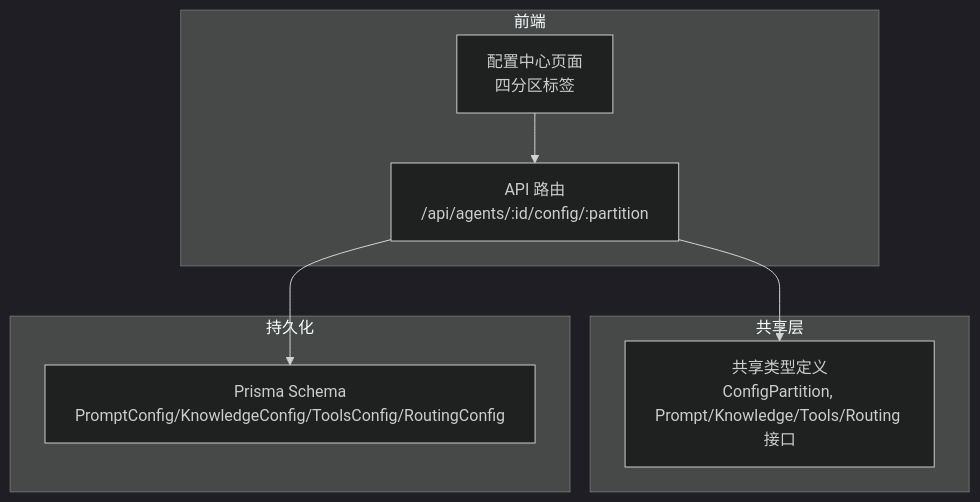
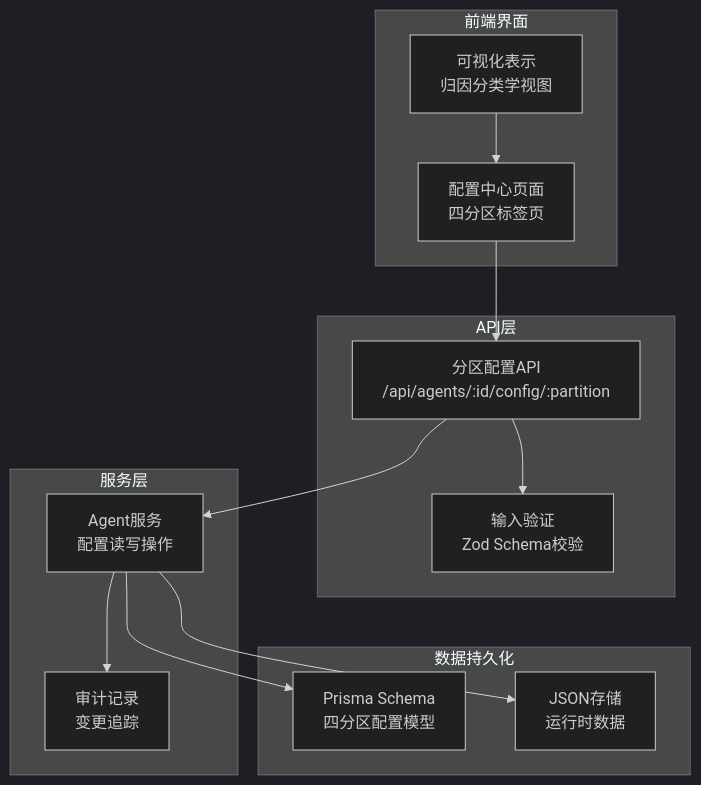
The first of 10 diagrams in .qoder/repowiki/zh/content/核心概念/四分区配置系统/四分区配置系统.md (ai-guru-global/agent-up), drawn with Mermaid (dark theme) before and after one commit. The commit also changed other lines of this file and 169 other files, not shown here.

````diff
--- a/.qoder/repowiki/zh/content/核心概念/四分区配置系统/四分区配置系统.md
+++ b/.qoder/repowiki/zh/content/核心概念/四分区配置系统/四分区配置系统.md
@@ -35,16 +45,26 @@
 ```mermaid
 graph TB
-subgraph "前端"
-UI["配置中心页面<br/>四分区标签"]
-API["API 路由<br/>/api/agents/:id/config/:partition"]
+subgraph "前端界面"
+UI["配置中心页面<br/>四分区标签页"]
+Visual["可视化表示<br/>归因分类学视图"]
 end
-subgraph "共享层"
-Types["共享类型定义<br/>ConfigPartition, Prompt/Knowledge/Tools/Routing 接口"]
+subgraph "API层"
+API["分区配置API<br/>/api/agents/:id/config/:partition"]
+Validation["输入验证<br/>Zod Schema校验"]
 end
-subgraph "持久化"
-DB["Prisma Schema<br/>PromptConfig/KnowledgeConfig/ToolsConfig/RoutingConfig"]
+subgraph "服务层"
+Service["Agent服务<br/>配置读写操作"]
+Audit["审计记录<br/>变更追踪"]
+end
+subgraph "数据持久化"
+DB["Prisma Schema<br/>四分区配置模型"]
+Store["JSON存储<br/>运行时数据"]
 end
 UI --> API
-API --> Types
-API --> DB
+Visual --> UI
+API --> Validation
+API --> Service
+Service --> DB
+Service --> Store
+Service --> Audit
 ```
````
